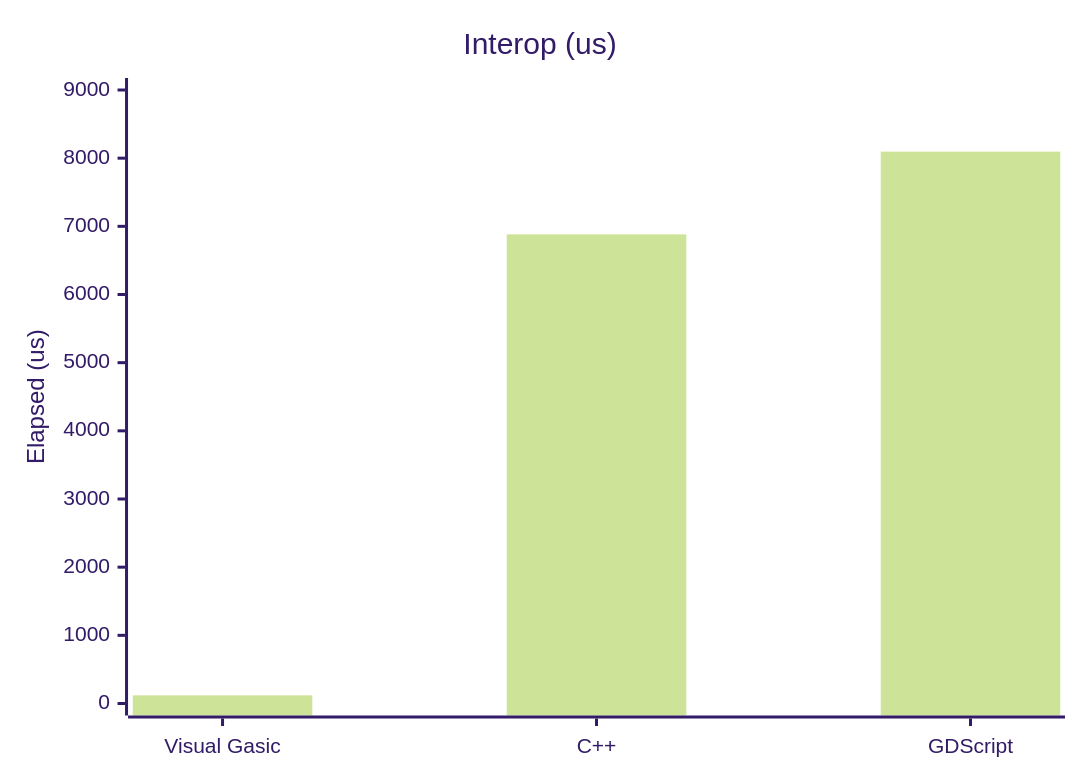
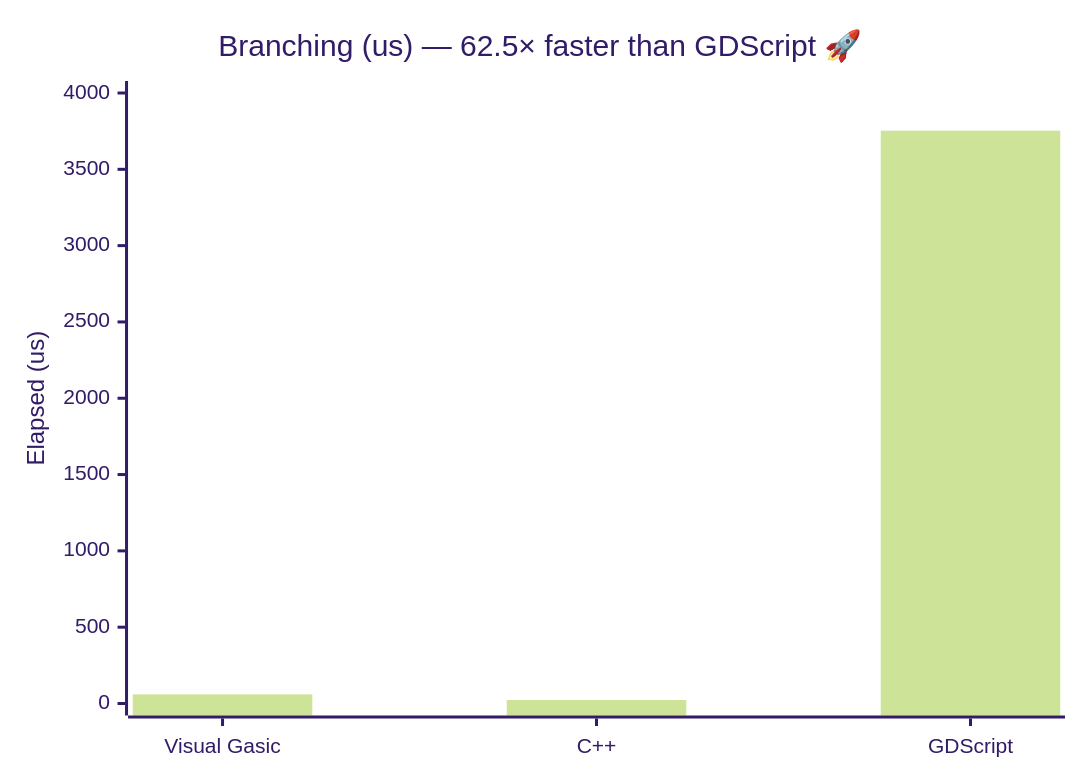
The fourth of 11 diagrams in docs/manual/performance.md (xgreenrx-star/VisualGasic), drawn with Mermaid (forest theme) before and after one commit. The commit also changed other lines of this file and 50 other files, not shown here.

````diff
--- a/docs/manual/performance.md
+++ b/docs/manual/performance.md
@@ -115,7 +165,7 @@
 ```mermaid
 xychart-beta
-    title "Interop (us)"
+    title "Branching (us) — 62.5× faster than GDScript 🚀"
     x-axis ["Visual Gasic","C++","GDScript"]
-    y-axis "Elapsed (us)" 0 --> 9000
-    bar [120,6882,8096]
+    y-axis "Elapsed (us)" 0 --> 4000
+    bar [60,23,3753]
 ```
````
